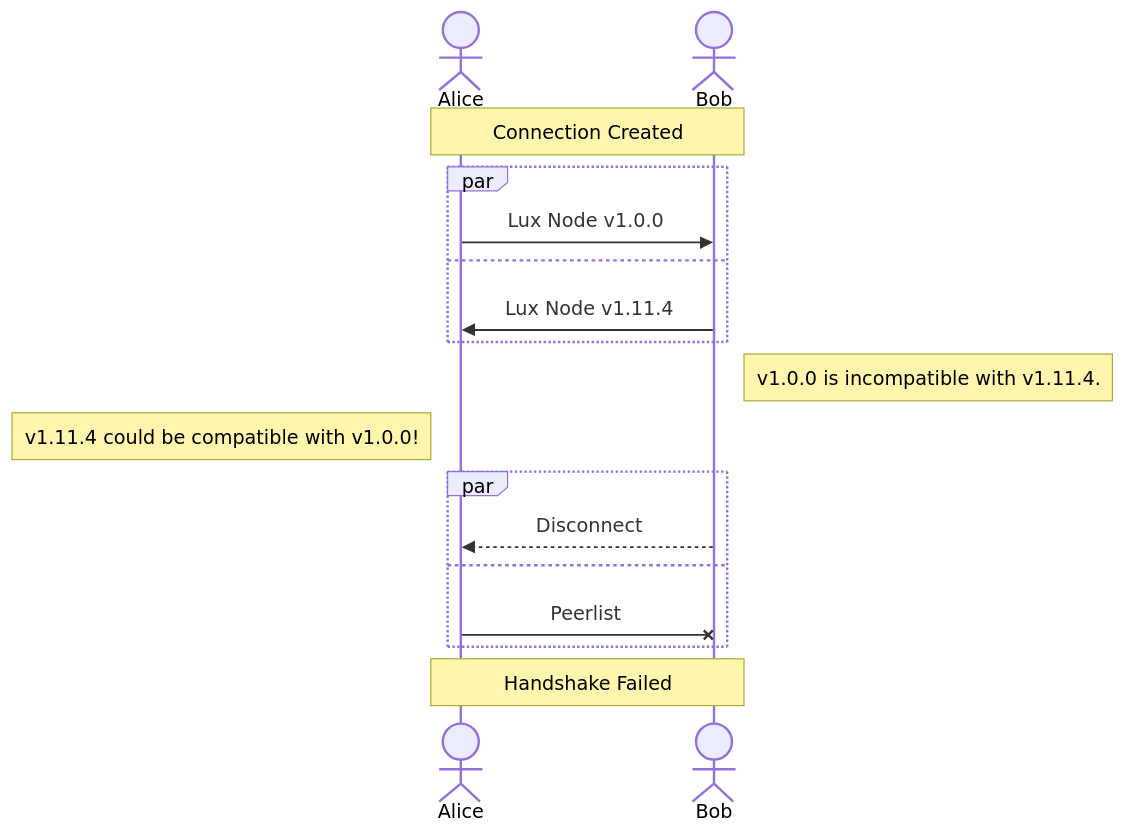
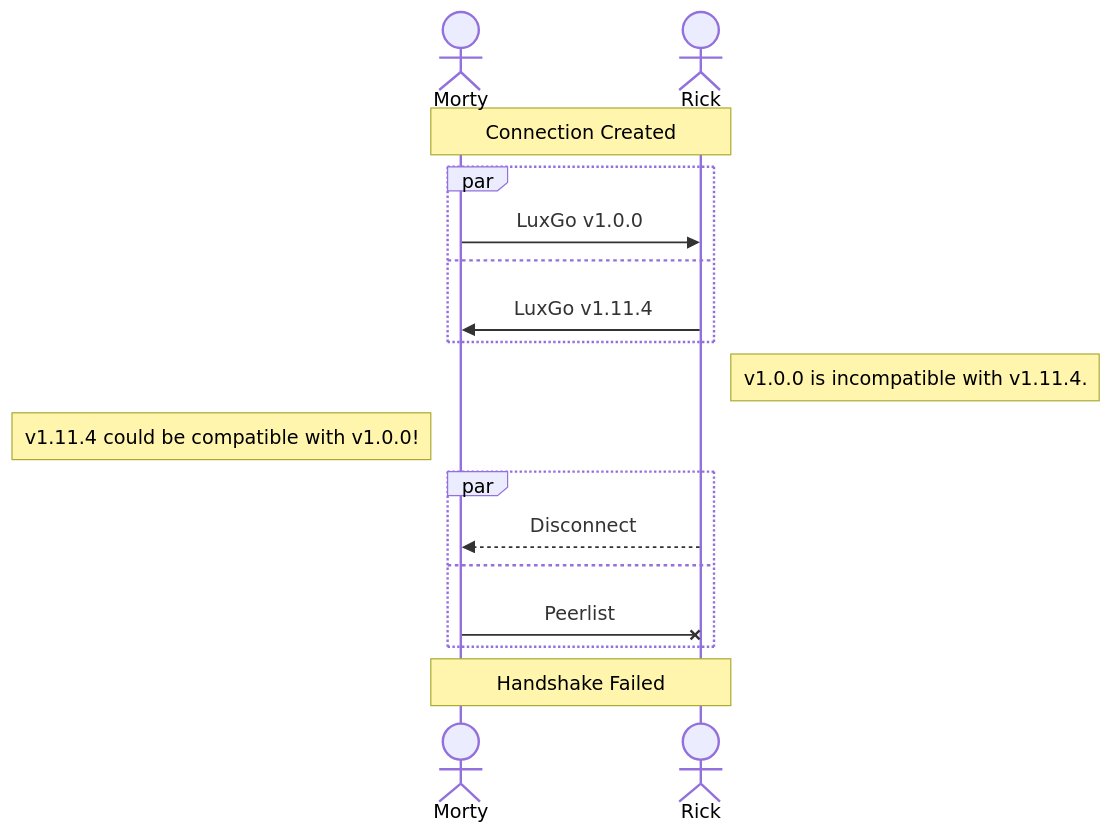
Before and after one commit to luxfi/node: the second of 6 diagrams in network/README.md, drawn with Mermaid. The commit also changed other lines of this file and 1810 other files, not shown here.

````diff
--- a/network/README.md
+++ b/network/README.md
@@ -62,19 +63,19 @@
 ```mermaid
 sequenceDiagram
-    actor Alice
-    actor Bob
-    Note over Alice,Bob: Connection Created
+    actor Morty
+    actor Rick
+    Note over Morty,Rick: Connection Created
     par
-        Alice->>Bob: Lux Node v1.0.0
+        Morty->>Rick: LuxGo v1.0.0
     and
-        Bob->>Alice: Lux Node v1.11.4
+        Rick->>Morty: LuxGo v1.11.4
     end
-    Note right of Bob: v1.0.0 is incompatible with v1.11.4.
-    Note left of Alice: v1.11.4 could be compatible with v1.0.0!
+    Note right of Rick: v1.0.0 is incompatible with v1.11.4.
+    Note left of Morty: v1.11.4 could be compatible with v1.0.0!
     par
-        Bob-->>Alice: Disconnect
+        Rick-->>Morty: Disconnect
     and
-        Alice-XBob: Peerlist
+        Morty-XRick: Peerlist
     end
-    Note over Alice,Bob: Handshake Failed
+    Note over Morty,Rick: Handshake Failed
 ```
````
